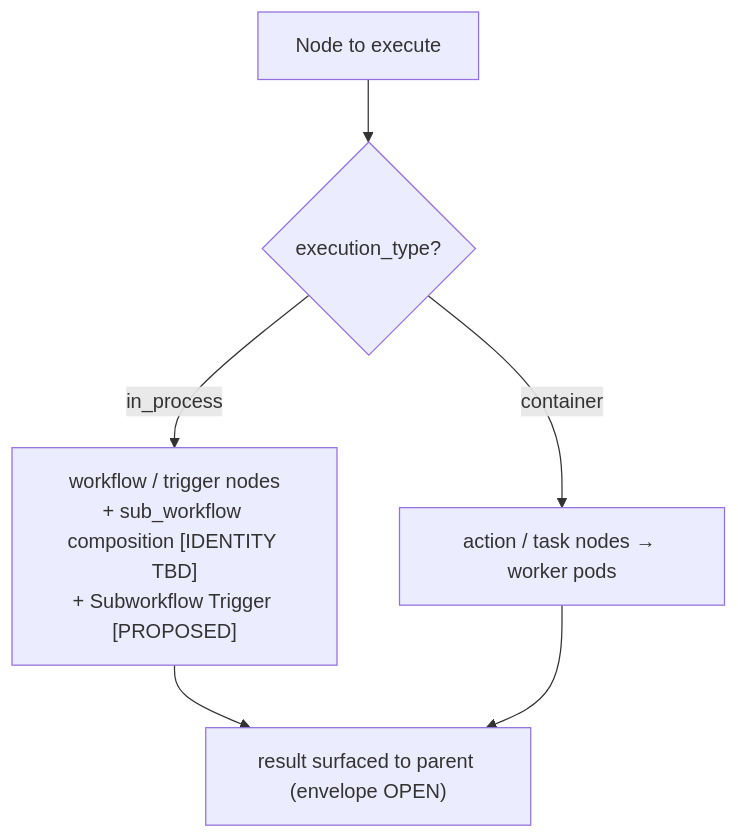
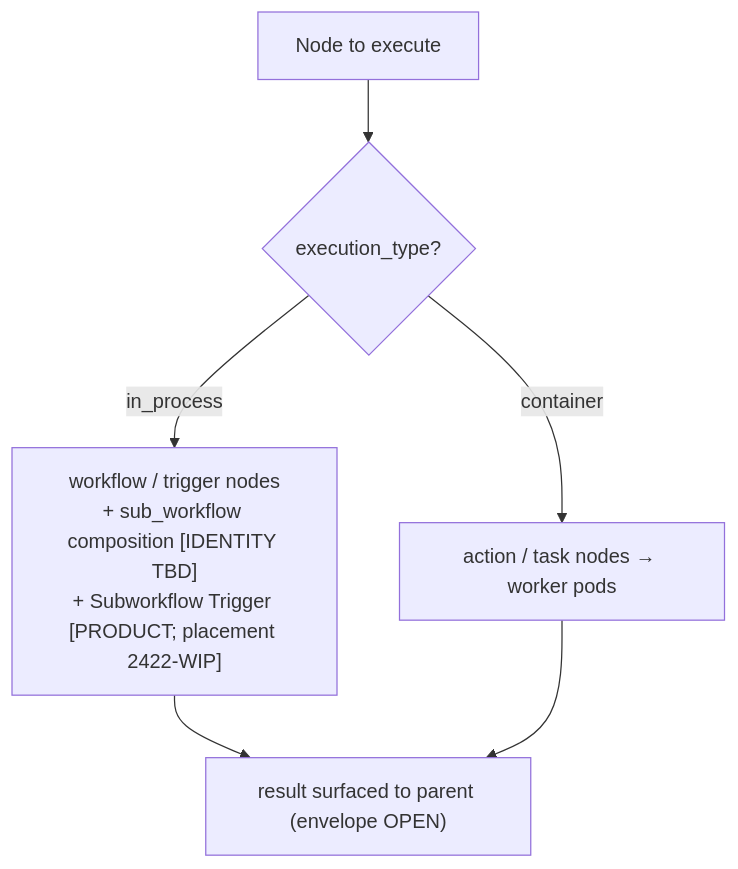
The second of 6 diagrams in backend/docs/workflow-engine/sub-workflow-node.md (rohitthakur2590/syntara), drawn with Mermaid before and after one commit. The commit also changed other lines of this file, not shown here.

First line of the commit message:
docs(workflow-engine): reconcile Sub-workflow Node architecture with closed Product decisions

````diff
--- a/backend/docs/workflow-engine/sub-workflow-node.md
+++ b/backend/docs/workflow-engine/sub-workflow-node.md
@@ -170,8 +183,8 @@
 ```mermaid
 graph TB
     NODE["Node to execute"] --> FORK{"execution_type?"}
-    FORK -->|in_process| INPROC["workflow / trigger nodes<br/>+ sub_workflow composition [IDENTITY TBD]<br/>+ Subworkflow Trigger [PROPOSED]"]
+    FORK -->|in_process| INPROC["workflow / trigger nodes<br/>+ sub_workflow composition [IDENTITY TBD]<br/>+ Subworkflow Trigger [PRODUCT; placement 2422-WIP]"]
     FORK -->|container| CONT["action / task nodes → worker pods"]
     INPROC --> R["result surfaced to parent (envelope OPEN)"]
     CONT --> R
 ```
````
